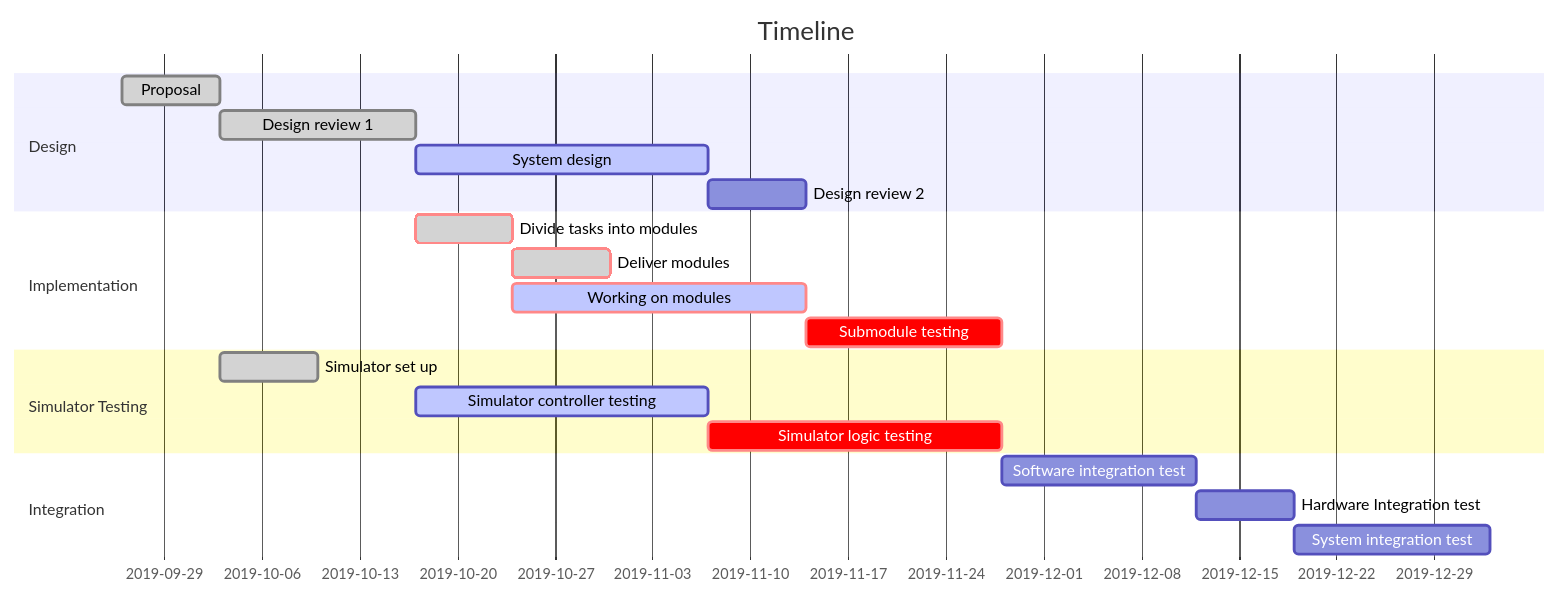
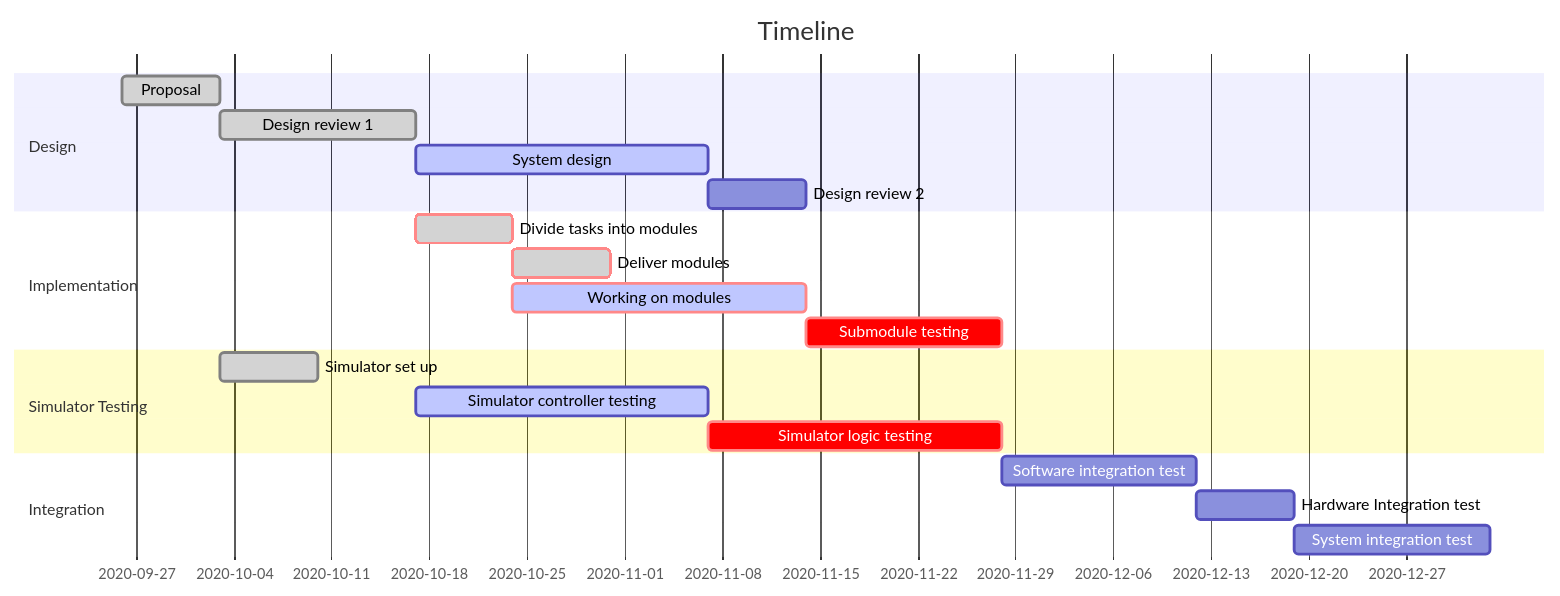
The diagram in README.md (ubcuas/Airdrop-Software-2022), drawn with Mermaid before and after one commit.

Commit message:
gantt chart draft timeline

````diff
--- a/README.md
+++ b/README.md
@@ -37,27 +37,27 @@
 ```mermaid
 gantt
     title Timeline
-    dateFormat  YYYY-MM-DD
+    dateFormat  YY-MM-DD
 
     section Design
-    Proposal            :done,    des1, 2019-09-26,2019-10-03
-    Design review 1            :done,  des2, 2019-10-03, 2019-10-17
+    Proposal            :done,    des1, 20-09-26,20-10-03
+    Design review 1            :done,  des2, 20-10-03, 20-10-17
     System design               :active,         des3, after des2, 3w
     Design review 2              :         des4, after des3, 1w
 
     section Implementation
-    Divide tasks into modules :crit, done, imp1, 2019-10-17,7d
+    Divide tasks into modules :crit, done, imp1, 20-10-17,7d
     Deliver modules          :crit, done, after imp1, 7d
     Working on modules             :crit, active, imp2, after imp1, 3w
    	Submodule testing        :crit, after imp2, 2w
 
     section Simulator Testing
     Simulator set up               :done, s1, after des1, 1w
     Simulator controller testing      :active, s2, after des2  , 3w
     Simulator logic testing    :crit, doc1, after s2  , 3w
 
     section Integration
     Software integration test               :after doc1, 2w
     Hardware Integration test				: 1w
 	System integration test					: 2w
 ```
````
